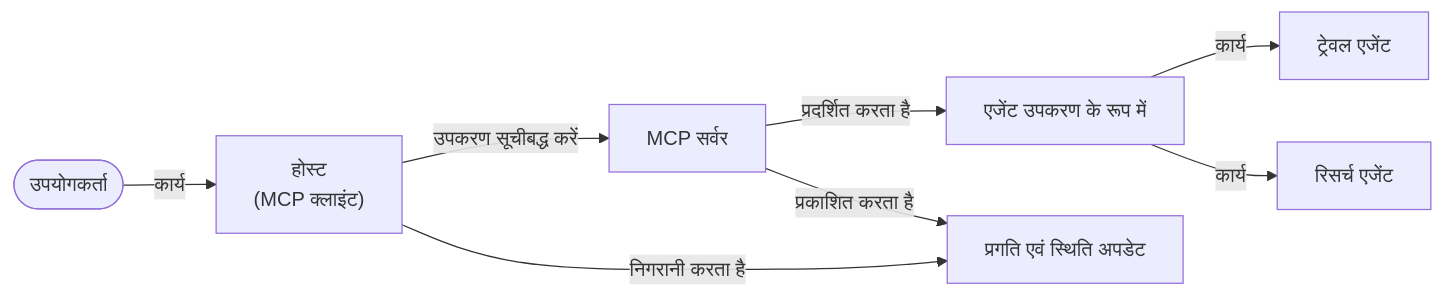
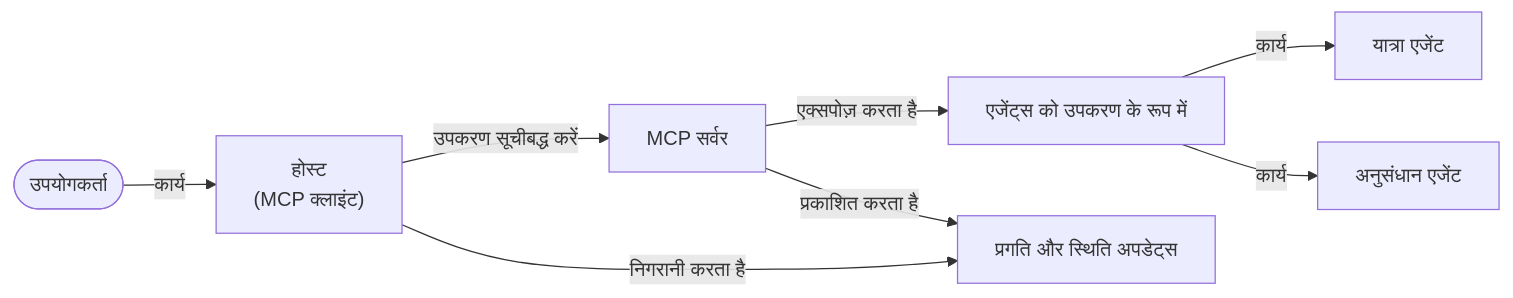
One commit to gabrielmoreira/agent-skills-mirror changed the fifth of 5 diagrams in mirrors/repos/microsoft@ai-agents-for-beginners/translations/hi/11-agentic-protocols/code_samples/mcp-agents/README.md. Above: the diagram before and after it, drawn with Mermaid. The commit also changed other lines of this file and 4262 other files, not shown here.

````diff
--- a/mirrors/repos/microsoft@ai-agents-for-beginners/translations/hi/11-agentic-protocols/code_samples/mcp-agents/README.md
+++ b/mirrors/repos/microsoft@ai-agents-for-beginners/translations/hi/11-agentic-protocols/code_samples/mcp-agents/README.md
@@ -433,15 +448,15 @@
 ```mermaid
 graph LR
     User([उपयोगकर्ता]) -->|"कार्य"| Host["होस्ट<br/>(MCP क्लाइंट)"]
     Host -->|उपकरण सूचीबद्ध करें| Server[MCP सर्वर]
-    Server -->|प्रदर्शित करता है| AgentsTools[एजेंट उपकरण के रूप में]
-    AgentsTools -->|कार्य| AgentA[ट्रेवल एजेंट]
-    AgentsTools -->|कार्य| AgentB[रिसर्च एजेंट]
+    Server -->|एक्सपोज़ करता है| AgentsTools[एजेंट्स को उपकरण के रूप में]
+    AgentsTools -->|कार्य| AgentA[यात्रा एजेंट]
+    AgentsTools -->|कार्य| AgentB[अनुसंधान एजेंट]
 
-    Host -->|निगरानी करता है| StateUpdates[प्रगति एवं स्थिति अपडेट]
+    Host -->|निगरानी करता है| StateUpdates[प्रगति और स्थिति अपडेट्स]
     Server -->|प्रकाशित करता है| StateUpdates
 
     class User user;
     class AgentA,AgentB agent;
     class Host,Server,StateUpdates core;
 ```
````
